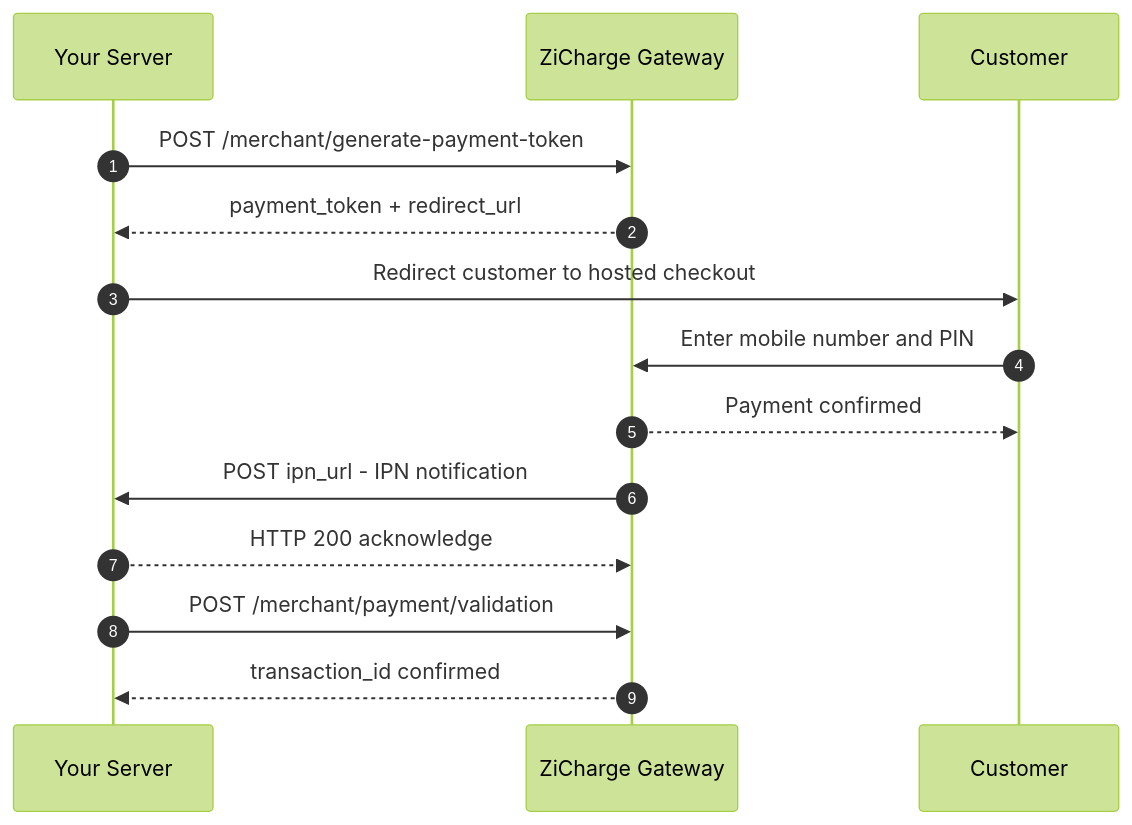
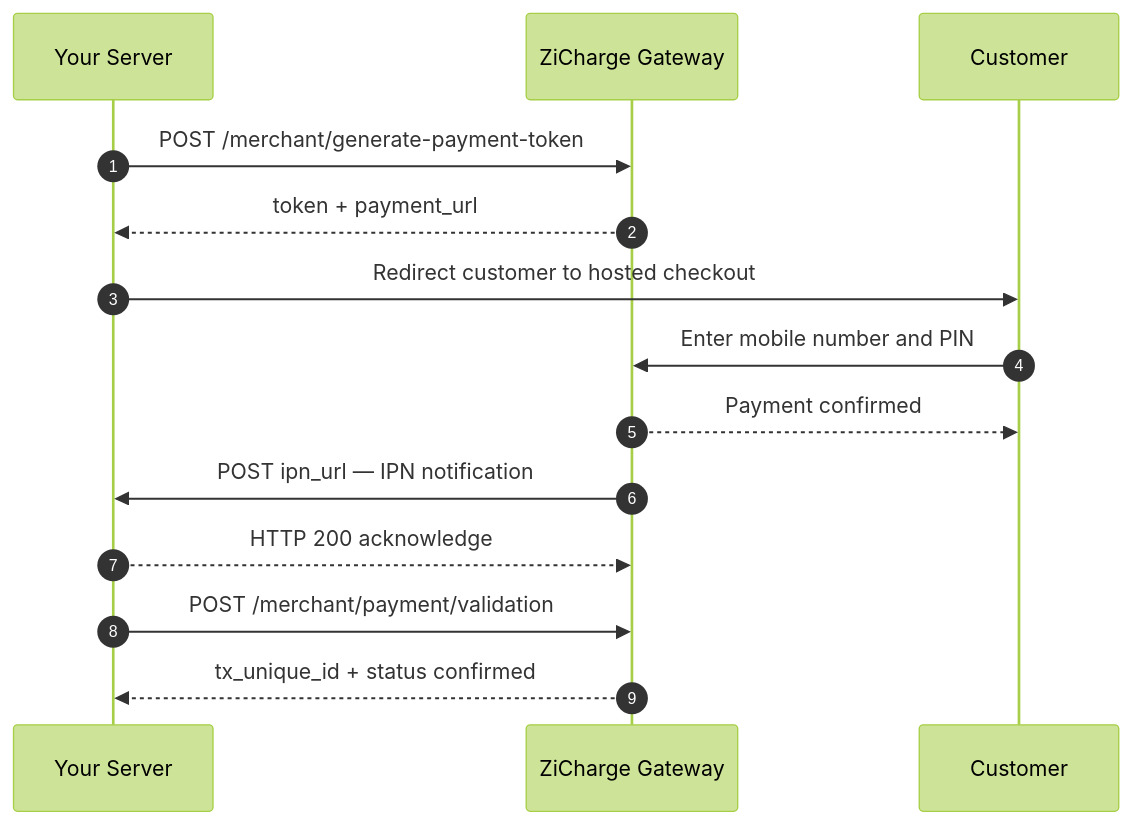
The first of 2 diagrams in docs/index.md (NewrozTech/zc-paymentgw-developer-docs), drawn with Mermaid (forest theme) before and after one commit. The commit also changed other lines of this file and 30 other files, not shown here.

````diff
--- a/docs/index.md
+++ b/docs/index.md
@@ -13,20 +13,20 @@
     ``` mermaid
     sequenceDiagram
         autonumber
         participant M as Your Server
         participant G as ZiCharge Gateway
         participant C as Customer
 
         M->>G: POST /merchant/generate-payment-token
-        G-->>M: payment_token + redirect_url
+        G-->>M: token + payment_url
         M->>C: Redirect customer to hosted checkout
 
         C->>G: Enter mobile number and PIN
         G-->>C: Payment confirmed
 
-        G->>M: POST ipn_url - IPN notification
+        G->>M: POST ipn_url — IPN notification
         M-->>G: HTTP 200 acknowledge
 
         M->>G: POST /merchant/payment/validation
-        G-->>M: transaction_id confirmed
+        G-->>M: tx_unique_id + status confirmed
     ```
````
